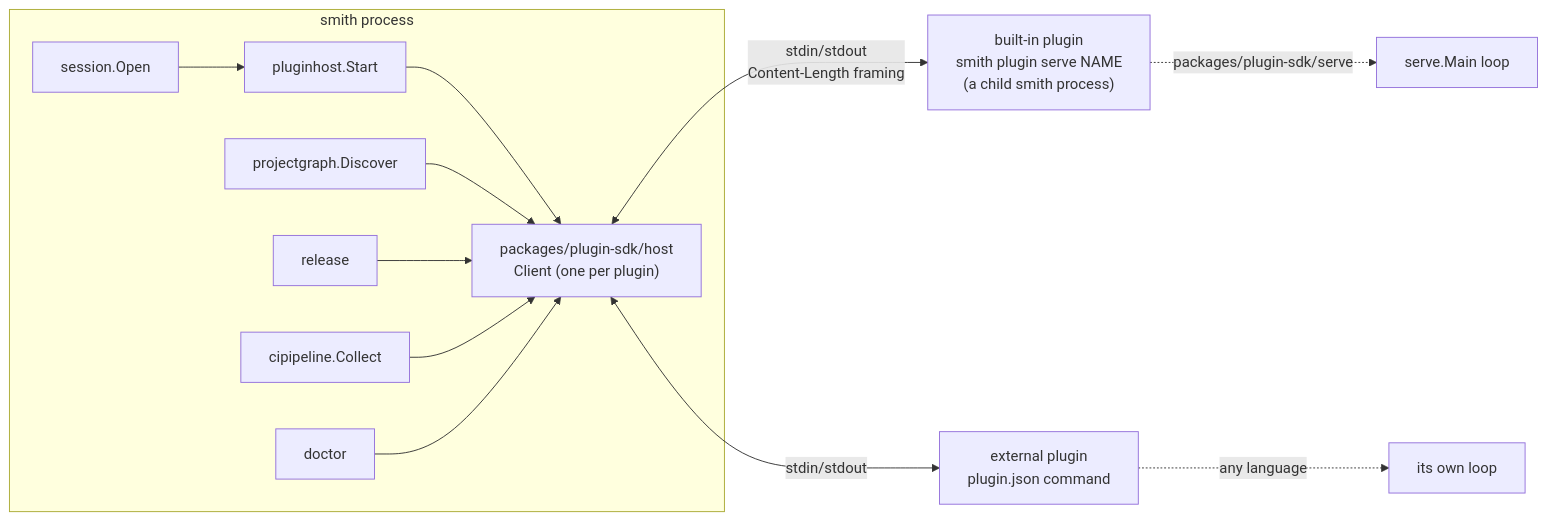
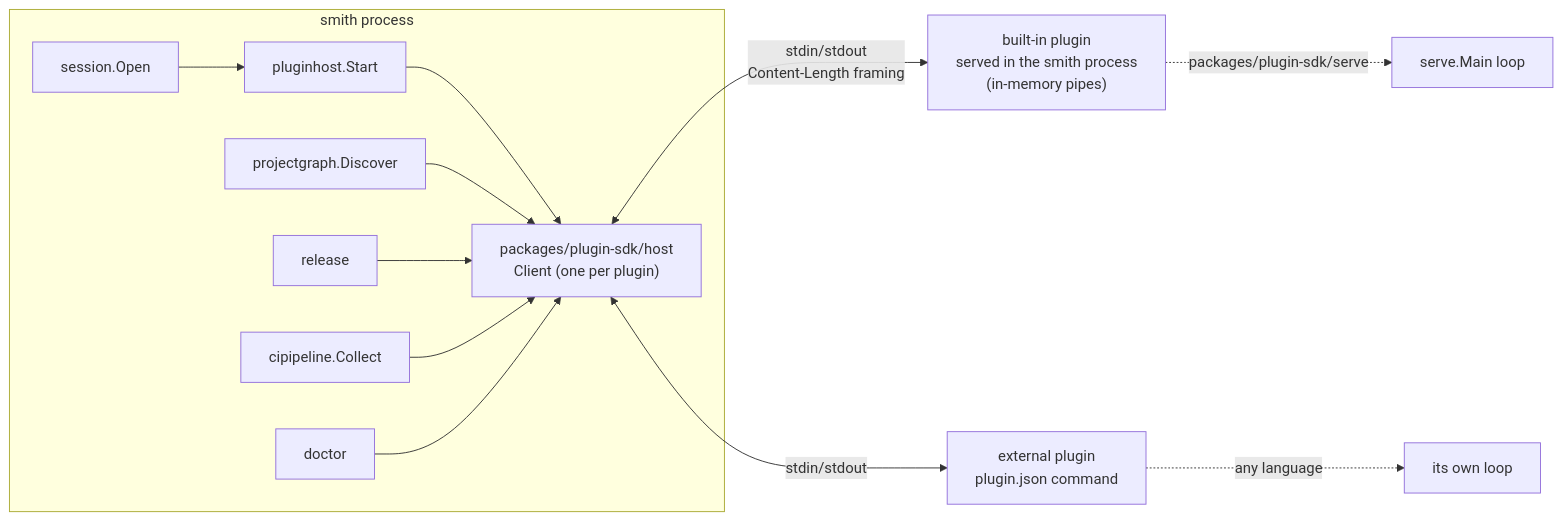
The first of 2 diagrams in docs/architecture/plugin-protocol.md (monosmith-app/monosmith), drawn with Mermaid before and after one commit. The commit also changed 9 other files, not shown here.

First line of the commit message:
perf(plugins): built-in plugins run in the smith process, not one process each

````diff
--- a/docs/architecture/plugin-protocol.md
+++ b/docs/architecture/plugin-protocol.md
@@ -17,15 +17,15 @@
 ```mermaid
 flowchart LR
   subgraph smith["smith process"]
     session["session.Open"] --> pluginhost["pluginhost.Start"]
     pluginhost --> hostclient["packages/plugin-sdk/host<br/>Client (one per plugin)"]
     projectgraph["projectgraph.Discover"] --> hostclient
     release["release"] --> hostclient
     cipipeline["cipipeline.Collect"] --> hostclient
     doctor["doctor"] --> hostclient
   end
-  hostclient <-->|"stdin/stdout<br/>Content-Length framing"| builtin["built-in plugin<br/>smith plugin serve NAME<br/>(a child smith process)"]
+  hostclient <-->|"stdin/stdout<br/>Content-Length framing"| builtin["built-in plugin<br/>served in the smith process<br/>(in-memory pipes)"]
   hostclient <-->|"stdin/stdout"| external["external plugin<br/>plugin.json command"]
   builtin -.->|"packages/plugin-sdk/serve"| sdk["serve.Main loop"]
   external -.->|"any language"| sdk2["its own loop"]
 ```
````
